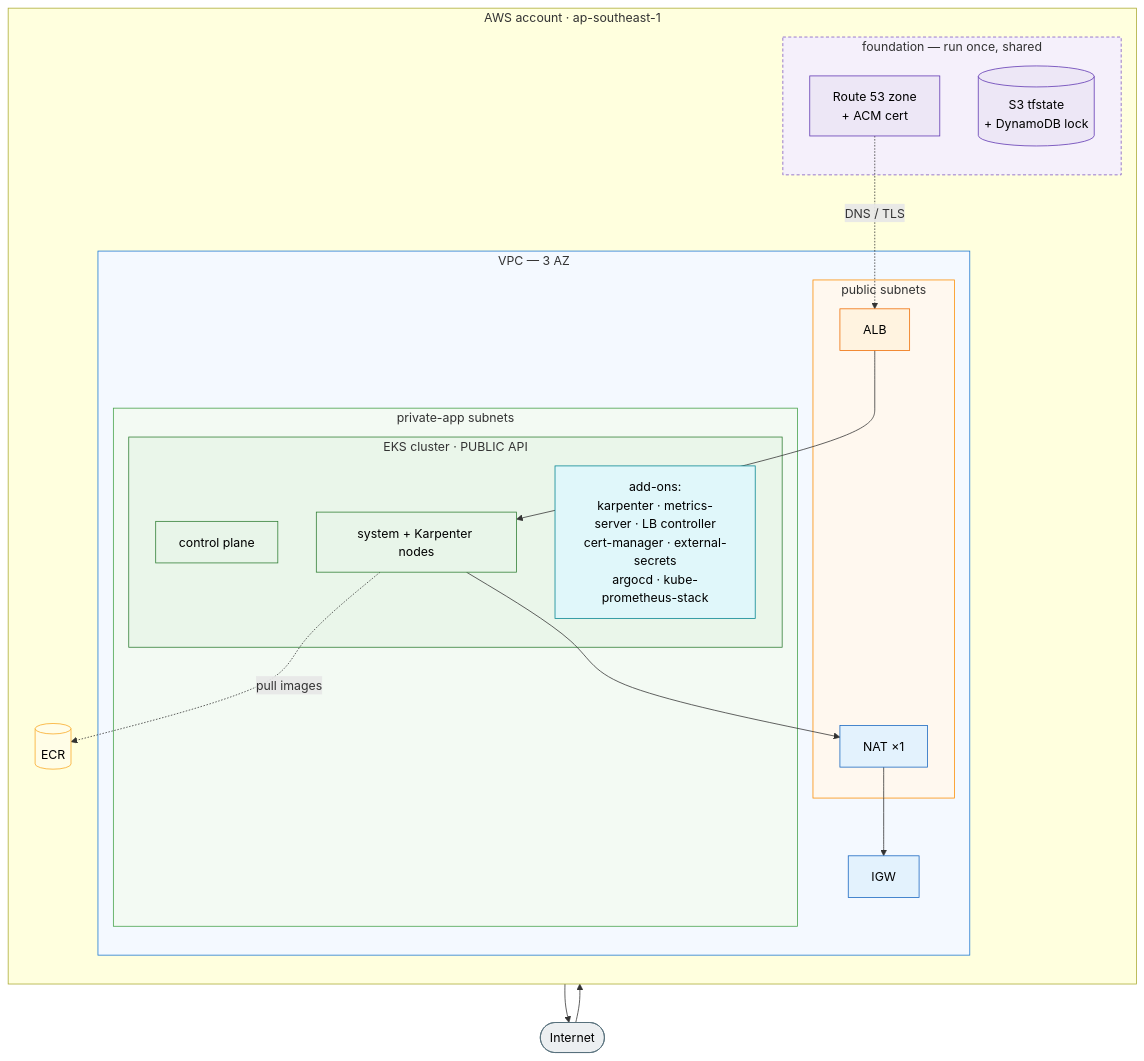
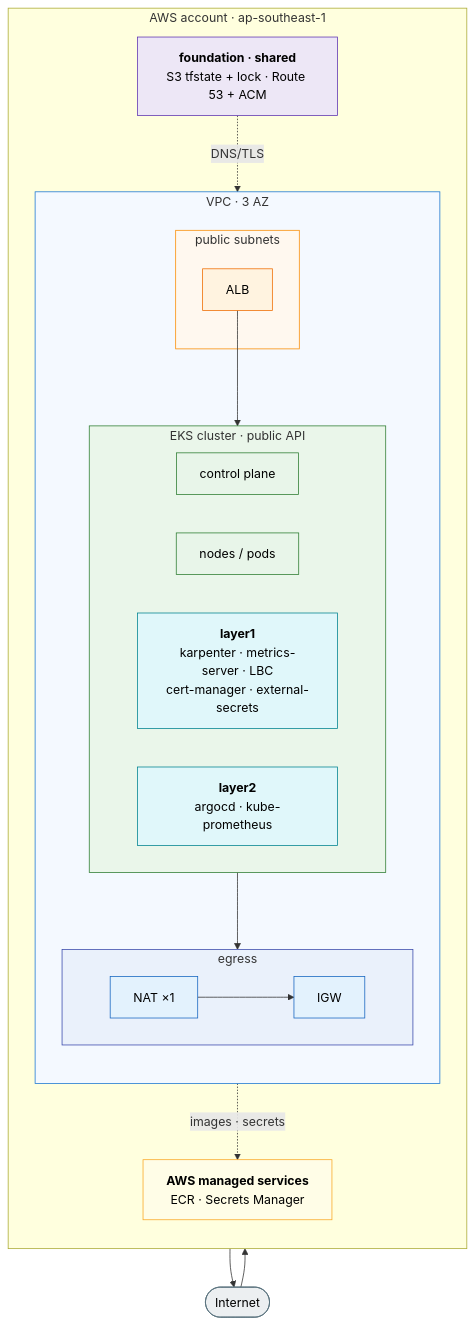
One commit to trongnvv/aws-iac changed the first of 3 diagrams in eks/docs/ARCHITECTURE.md. Above: the diagram before and after it, drawn with Mermaid. The commit also changed other lines of this file, not shown here.

````diff
--- a/eks/docs/ARCHITECTURE.md
+++ b/eks/docs/ARCHITECTURE.md
@@ -14,48 +19,43 @@
 ```mermaid
 flowchart TB
   internet([Internet]):::ext
-
   subgraph acct["AWS account · ap-southeast-1"]
     direction TB
-
-    subgraph found["foundation — run once, shared"]
-      tfstate[("S3 tfstate<br/>+ DynamoDB lock")]:::fnd
-      dns["Route 53 zone<br/>+ ACM cert"]:::fnd
-    end
-
-    ecr[("ECR")]:::svc
-
-    subgraph vpc["VPC — 3 AZ"]
-      igw["IGW"]:::net
-      subgraph pub["public subnets"]
+    found["<b>foundation · shared</b><br/>S3 tfstate + lock · Route 53 + ACM"]:::fnd
+    subgraph vpc["VPC · 3 AZ"]
+      direction TB
+      subgraph ingress["public subnets"]
         alb["ALB"]:::edge
-        nat["NAT ×1"]:::net
       end
-      subgraph app["private-app subnets"]
-        subgraph eks["EKS cluster · PUBLIC API"]
-          cp["control plane"]:::eks
-          nodes["system + Karpenter nodes"]:::eks
-          addons["add-ons:<br/>karpenter · metrics-server · LB controller<br/>cert-manager · external-secrets<br/>argocd · kube-prometheus-stack"]:::add
-        end
+      subgraph eks["EKS cluster · public API"]
+        direction LR
+        cp["control plane"]:::eks
+        nodes["nodes / pods"]:::eks
+        l1["<b>layer1</b><br/>karpenter · metrics-server · LBC<br/>cert-manager · external-secrets"]:::add
+        l2["<b>layer2</b><br/>argocd · kube-prometheus"]:::add
+      end
+      subgraph egr["egress"]
+        direction LR
+        nat["NAT ×1"]:::net --> igw["IGW"]:::net
       end
     end
+    svc["<b>AWS managed services</b><br/>ECR · Secrets Manager"]:::svc
   end
+  internet --> alb --> nodes
+  found -. DNS/TLS .-> alb
+  nodes --> nat
+  igw --> internet
+  nodes -. images · secrets .-> svc
 
-  internet --> alb --> nodes
-  dns -. DNS / TLS .-> alb
-  nodes --> nat --> igw --> internet
-  nodes -. pull images .-> ecr
-
-  classDef ext  fill:#eceff1,stroke:#546e7a,color:#000
-  classDef fnd  fill:#ede7f6,stroke:#5e35b1,color:#000
-  classDef net  fill:#e3f2fd,stroke:#1565c0,color:#000
+  classDef ext fill:#eceff1,stroke:#546e7a,color:#000
+  classDef fnd fill:#ede7f6,stroke:#5e35b1,color:#000
+  classDef net fill:#e3f2fd,stroke:#1565c0,color:#000
   classDef edge fill:#fff3e0,stroke:#ef6c00,color:#000
-  classDef eks  fill:#e8f5e9,stroke:#2e7d32,color:#000
-  classDef add  fill:#e0f7fa,stroke:#00838f,color:#000
-  classDef svc  fill:#fffde7,stroke:#f9a825,color:#000
-  style found fill:#f5f0fb,stroke:#7e57c2,stroke-dasharray:4 3
+  classDef eks fill:#e8f5e9,stroke:#2e7d32,color:#000
+  classDef add fill:#e0f7fa,stroke:#00838f,color:#000
+  classDef svc fill:#fffde7,stroke:#f9a825,color:#000
   style vpc fill:#f4f9ff,stroke:#1976d2
-  style pub fill:#fff8ef,stroke:#fb8c00
-  style app fill:#f3faf3,stroke:#43a047
+  style ingress fill:#fff8ef,stroke:#fb8c00
+  style egr fill:#eaf1fb,stroke:#3949ab
   style eks fill:#eaf6ea,stroke:#2e7d32
 ```
````
